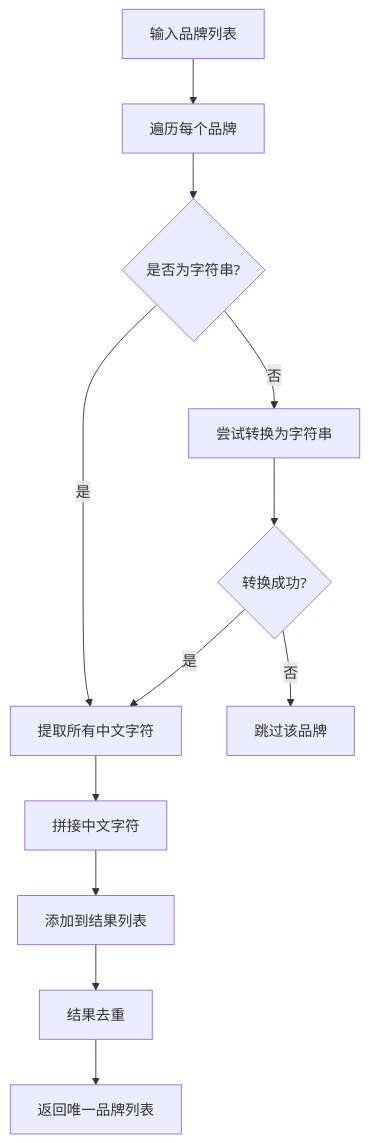
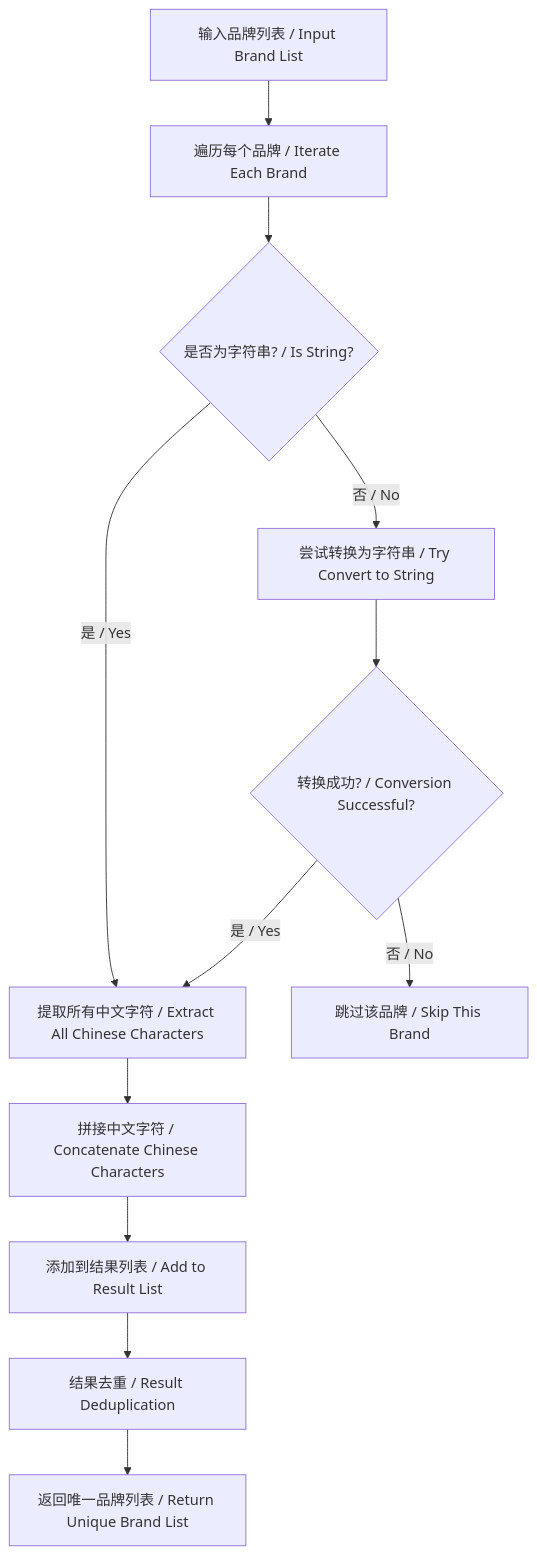
One commit to 041008Ashley/2025-ProductTitleMatchingAnalysis changed the eighth of 10 diagrams in README.md. Above: the diagram before and after it, drawn with Mermaid. The commit also changed other lines of this file, not shown here.

````diff
--- a/README.md
+++ b/README.md
@@ -390,14 +388,14 @@
 ```mermaid
 graph TD
-    A[输入品牌列表] --> B[遍历每个品牌]
-    B --> C{是否为字符串?}
-    C -->|是| D[提取所有中文字符]
-    C -->|否| E[尝试转换为字符串]
-    E --> F{转换成功?}
-    F -->|是| D
-    F -->|否| G[跳过该品牌]
-    D --> H[拼接中文字符]
-    H --> I[添加到结果列表]
-    I --> J[结果去重]
-    J --> K[返回唯一品牌列表]
+    A[输入品牌列表 / Input Brand List] --> B[遍历每个品牌 / Iterate Each Brand]
+    B --> C{是否为字符串? / Is String?}
+    C -->|是 / Yes| D[提取所有中文字符 / Extract All Chinese Characters]
+    C -->|否 / No| E[尝试转换为字符串 / Try Convert to String]
+    E --> F{转换成功? / Conversion Successful?}
+    F -->|是 / Yes| D
+    F -->|否 / No| G[跳过该品牌 / Skip This Brand]
+    D --> H[拼接中文字符 / Concatenate Chinese Characters]
+    H --> I[添加到结果列表 / Add to Result List]
+    I --> J[结果去重 / Result Deduplication]
+    J --> K[返回唯一品牌列表 / Return Unique Brand List]
 ```
````
